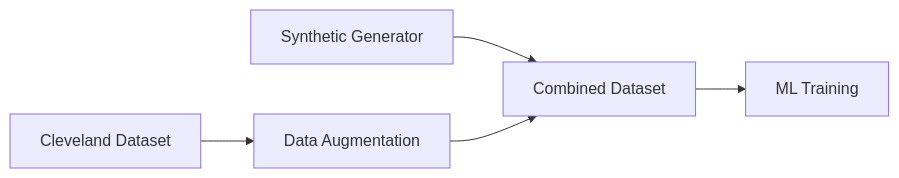
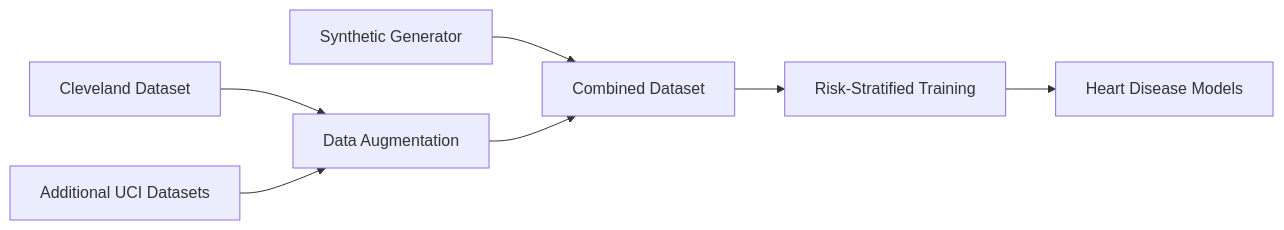
One commit to obaidullah11/healthmonitor changed the diagram in PROJECT_SUMMARY.md. Above: the diagram before and after it, drawn with Mermaid. The commit also changed other lines of this file and 27 other files, not shown here.

````diff
--- a/PROJECT_SUMMARY.md
+++ b/PROJECT_SUMMARY.md
@@ -41,7 +49,9 @@
 ```mermaid
 graph LR
-    A[Synthetic Generator] --> D[Combined Dataset]
-    B[Cleveland Dataset] --> C[Data Augmentation]
-    C --> D
-    D --> E[ML Training]
+    A[Synthetic Generator] --> E[Combined Dataset]
+    B[Cleveland Dataset] --> D[Data Augmentation]
+    C[Additional UCI Datasets] --> D
+    D --> E
+    E --> F[Risk-Stratified Training]
+    F --> G[Heart Disease Models]
 ```
````
